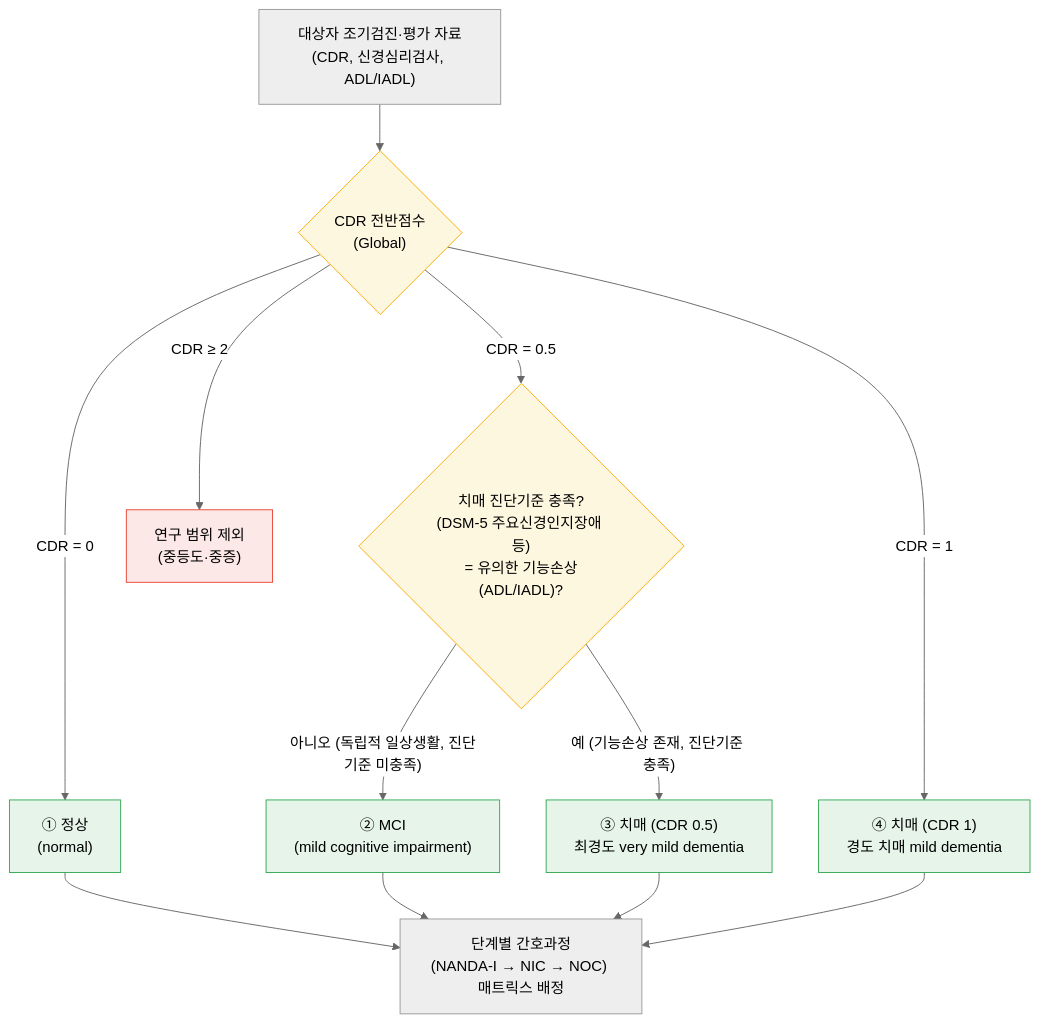
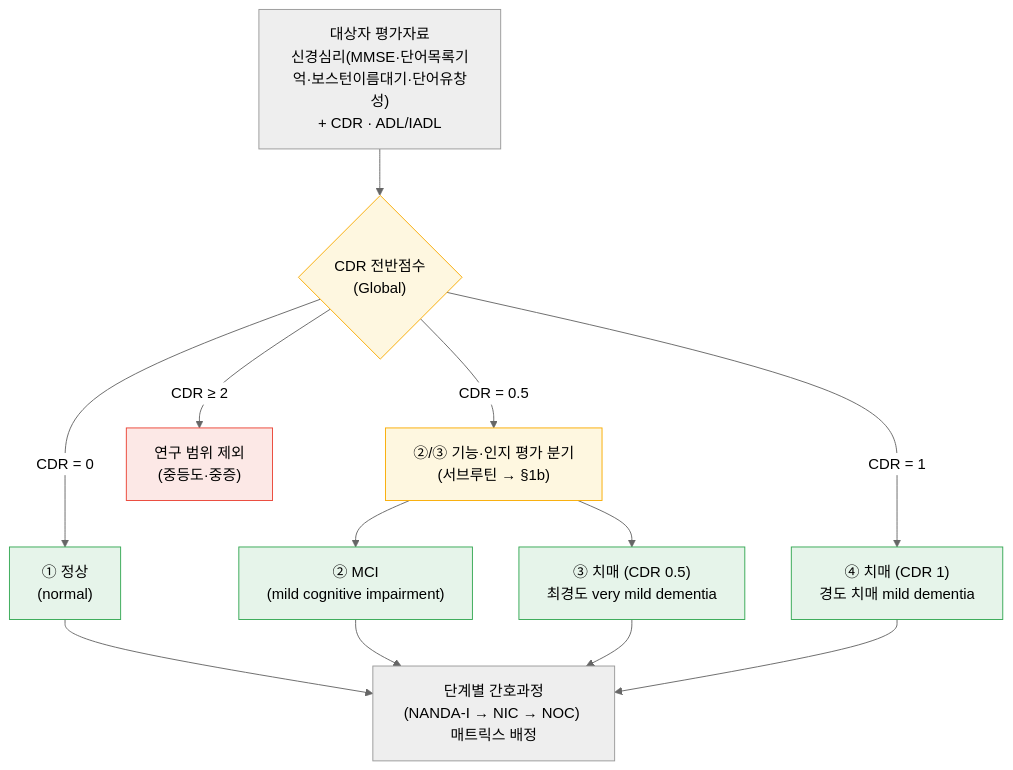
Before and after one commit to lee-eunyoung/narratological-algorithmic-lenses: the first of 2 diagrams in research/dementia-delphi/05-classification-algorithm.md, drawn with Mermaid (neutral theme). The commit also changed other lines of this file and 5 other files, not shown here.

First line of the commit message:
Refine 4-group flowchart, add ②/③ neuropsych sub-algorithm, swap CIST for CERAD-K battery

````diff
--- a/research/dementia-delphi/05-classification-algorithm.md
+++ b/research/dementia-delphi/05-classification-algorithm.md
@@ -14,24 +19,24 @@
 ```mermaid
 flowchart TD
-    A["대상자 조기검진·평가 자료<br/>(CDR, 신경심리검사, ADL/IADL)"] --> B{"CDR 전반점수<br/>(Global)"}
+    A["대상자 평가자료<br/>신경심리(MMSE·단어목록기억·보스턴이름대기·단어유창성)<br/>+ CDR · ADL/IADL"] --> B{"CDR 전반점수<br/>(Global)"}
 
     B -->|CDR = 0| N["① 정상<br/>(normal)"]
-    B -->|CDR = 0.5| F{"치매 진단기준 충족?<br/>(DSM-5 주요신경인지장애 등)<br/>= 유의한 기능손상(ADL/IADL)?"}
+    B -->|CDR = 0.5| SUB["②/③ 기능·인지 평가 분기<br/>(서브루틴 → §1b)"]
     B -->|CDR = 1| D1["④ 치매 (CDR 1)<br/>경도 치매 mild dementia"]
     B -->|CDR ≥ 2| X["연구 범위 제외<br/>(중등도·중증)"]
 
-    F -->|"아니오 (독립적 일상생활, 진단기준 미충족)"| MCI["② MCI<br/>(mild cognitive impairment)"]
-    F -->|"예 (기능손상 존재, 진단기준 충족)"| D05["③ 치매 (CDR 0.5)<br/>최경도 very mild dementia"]
+    SUB --> MCI["② MCI<br/>(mild cognitive impairment)"]
+    SUB --> D05["③ 치매 (CDR 0.5)<br/>최경도 very mild dementia"]
 
     N --> G["단계별 간호과정<br/>(NANDA-I → NIC → NOC) 매트릭스 배정"]
     MCI --> G
     D05 --> G
     D1 --> G
 
     classDef include fill:#e6f4ea,stroke:#34a853,color:#000;
     classDef exclude fill:#fce8e6,stroke:#ea4335,color:#000;
     classDef decision fill:#fef7e0,stroke:#f9ab00,color:#000;
     class N,MCI,D05,D1 include;
     class X exclude;
-    class B,F decision;
+    class B,SUB decision;
 ```
````
